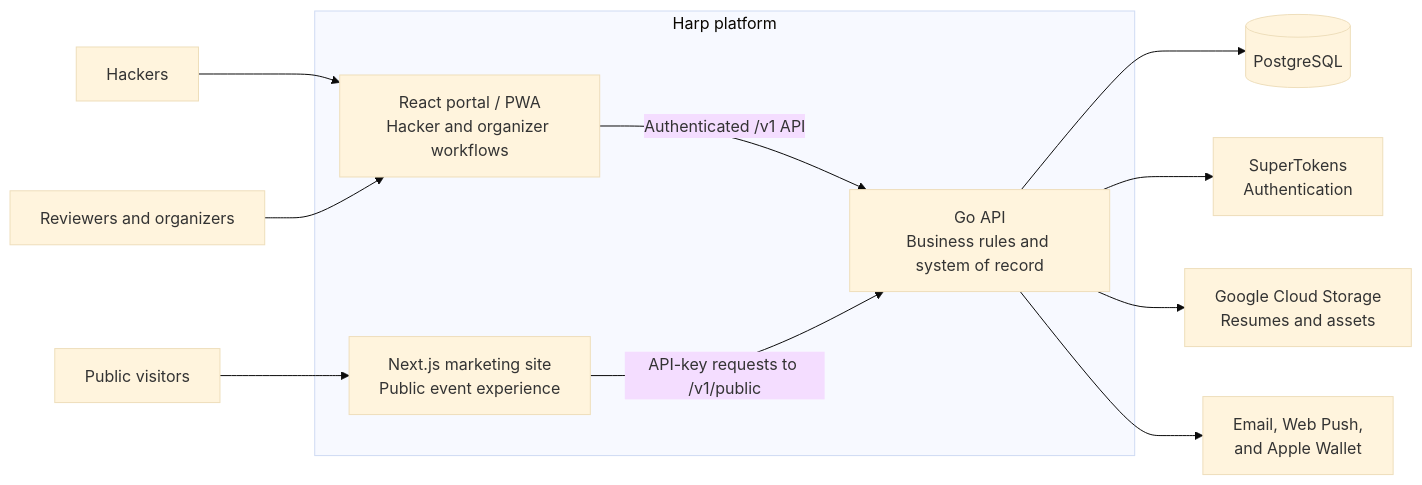
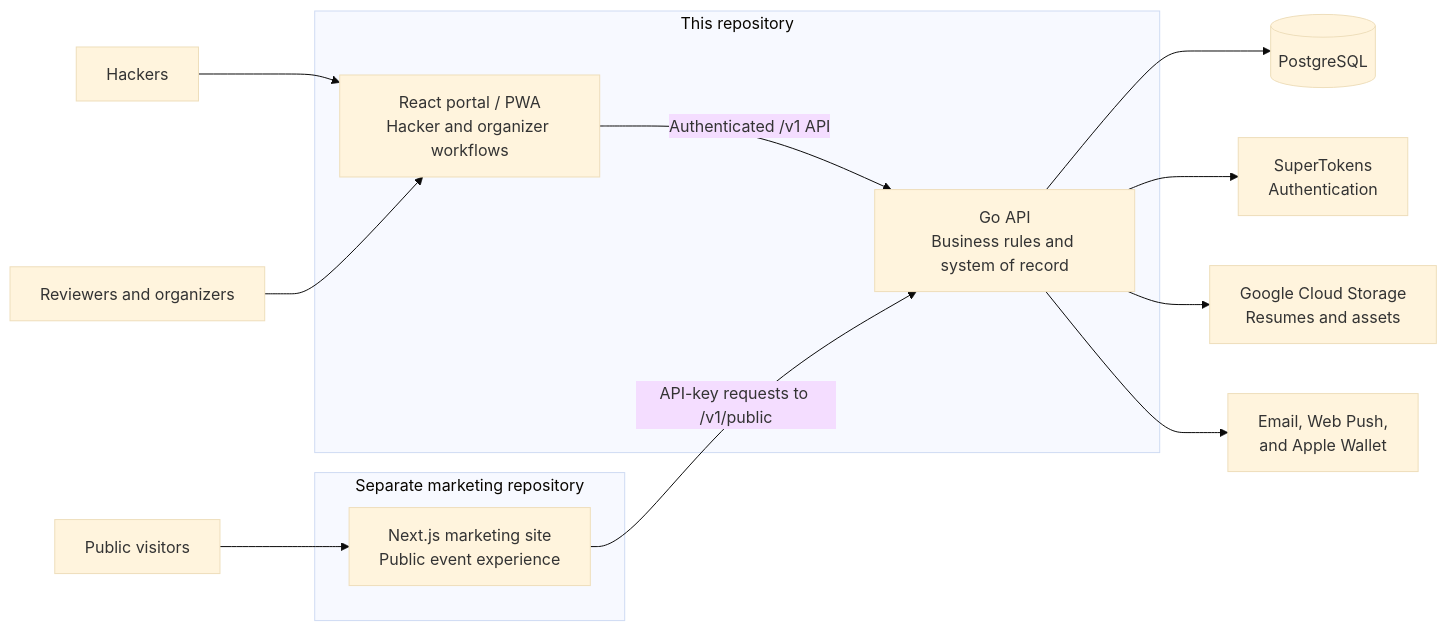
The second of 2 diagrams in README.md (NoelVarghese2006/harp), drawn with Mermaid (base theme) before and after one commit. The commit also changed other lines of this file and 29 other files, not shown here.

First line of the commit message:
refactor: move marketing site to a standalone repo

````diff
--- a/README.md
+++ b/README.md
@@ -101,20 +101,23 @@
 ```mermaid
 flowchart LR
     hackers["Hackers"] --> portal
     organizers["Reviewers and organizers"] --> portal
     visitors["Public visitors"] --> marketing
 
-    subgraph harp["Harp platform"]
+    subgraph core["This repository"]
         portal["React portal / PWA<br/>Hacker and organizer workflows"]
-        marketing["Next.js marketing site<br/>Public event experience"]
         api["Go API<br/>Business rules and system of record"]
 
         portal -->|"Authenticated /v1 API"| api
-        marketing -->|"API-key requests to /v1/public"| api
     end
 
+    subgraph marketingRepo["Separate marketing repository"]
+        marketing["Next.js marketing site<br/>Public event experience"]
+    end
+
+    marketing -->|"API-key requests to /v1/public"| api
     api --> database[("PostgreSQL")]
     api --> auth["SuperTokens<br/>Authentication"]
     api --> storage["Google Cloud Storage<br/>Resumes and assets"]
     api --> delivery["Email, Web Push,<br/>and Apple Wallet"]
 ```
````
